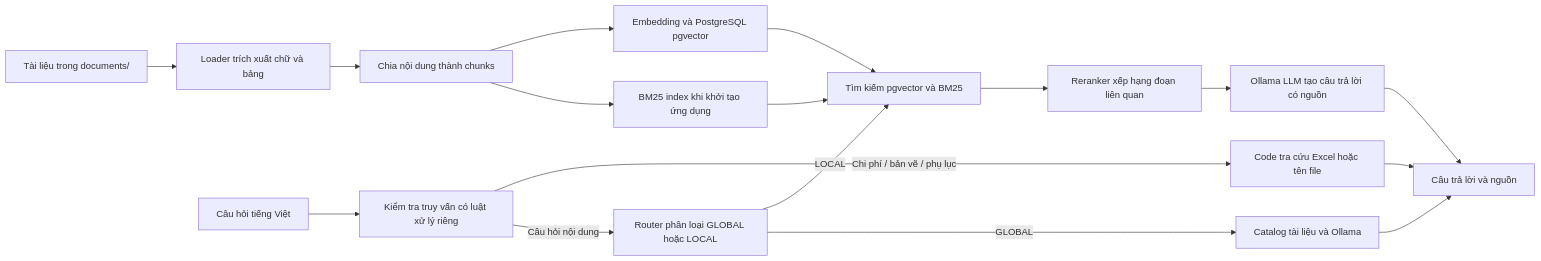
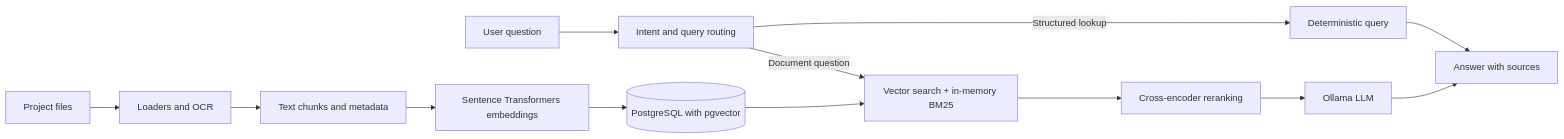
The diagram in README.md (kennhope13/ProjectLens), drawn with Mermaid before and after one commit. The commit also changed other lines of this file, not shown here.

Commit message:
docs: rewrite ProjectLens README

````diff
--- a/README.md
+++ b/README.md
@@ -34,19 +25,15 @@
 ```mermaid
 flowchart LR
-    A[Tài liệu trong documents/] --> B[Loader trích xuất chữ và bảng]
-    B --> C[Chia nội dung thành chunks]
-    C --> D[Embedding và PostgreSQL pgvector]
-    C --> E[BM25 index khi khởi tạo ứng dụng]
-    Q[Câu hỏi tiếng Việt] --> P[Kiểm tra truy vấn có luật xử lý riêng]
-    P -->|Chi phí / bản vẽ / phụ lục| V[Code tra cứu Excel hoặc tên file]
-    P -->|Câu hỏi nội dung| R[Router phân loại GLOBAL hoặc LOCAL]
-    R -->|LOCAL| S[Tìm kiếm pgvector và BM25]
-    R -->|GLOBAL| G[Catalog tài liệu và Ollama]
-    D --> S
-    E --> S
-    S --> T[Reranker xếp hạng đoạn liên quan]
-    T --> U[Ollama LLM tạo câu trả lời có nguồn]
-    U --> O[Câu trả lời và nguồn]
-    G --> O
-    V --> O
+    A[Project files] --> B[Loaders and OCR]
+    B --> C[Text chunks and metadata]
+    C --> D[Sentence Transformers embeddings]
+    D --> E[(PostgreSQL with pgvector)]
+    Q[User question] --> R[Intent and query routing]
+    R -->|Structured lookup| S[Deterministic query]
+    R -->|Document question| T[Vector search + in-memory BM25]
+    E --> T
+    T --> U[Cross-encoder reranking]
+    U --> V[Ollama LLM]
+    S --> W[Answer with sources]
+    V --> W
 ```
````
